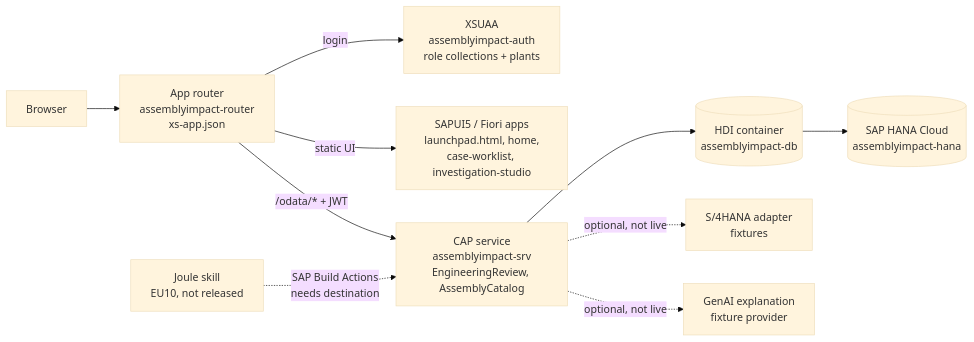
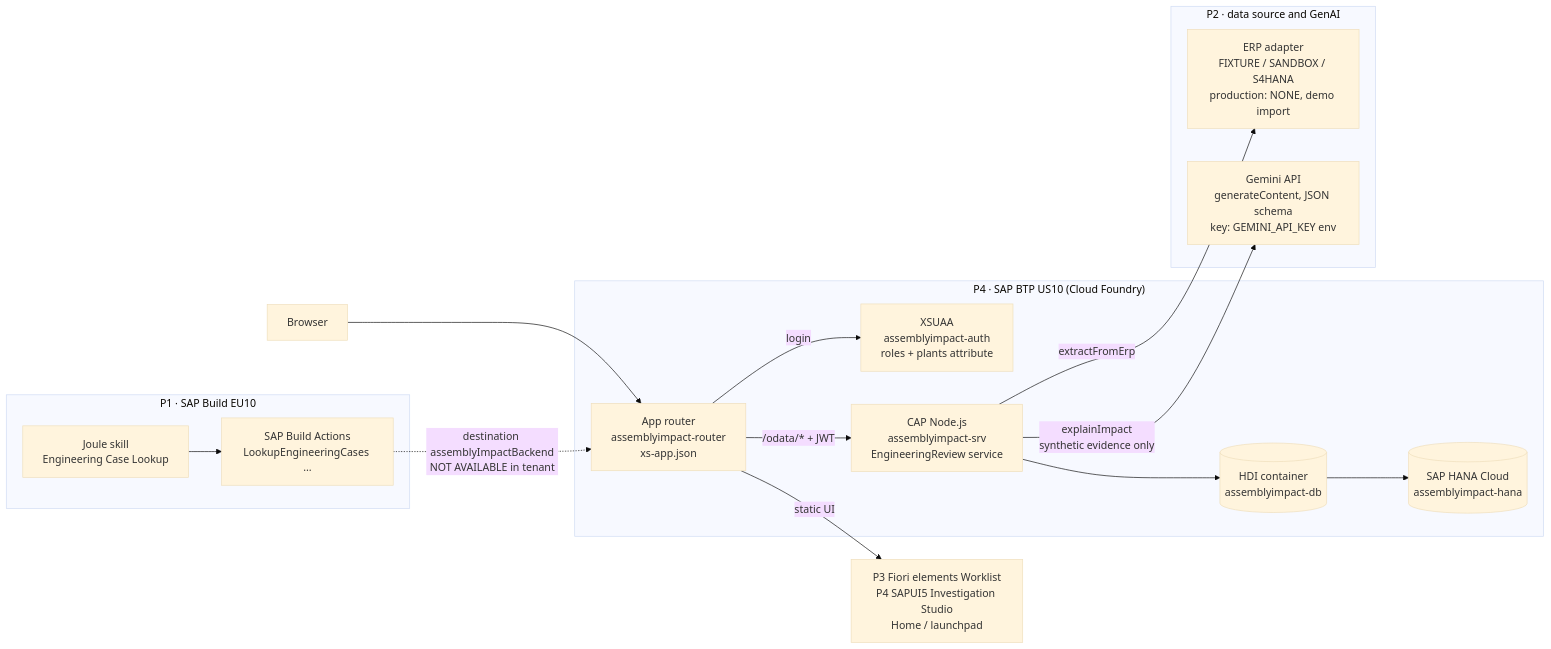
One commit to Naman028/assemblyimpact-ai changed the first of 2 diagrams in readme.md. Above: the diagram before and after it, drawn with Mermaid (base theme). The commit also changed other lines of this file and 10 other files, not shown here.

First line of the commit message:
Docs: deployed verification, P1 private-environment test, architecture and demo guide (#26)

````diff
--- a/readme.md
+++ b/readme.md
@@ -62,12 +64,20 @@
 ```mermaid
 flowchart LR
-  B[Browser] --> R[App router\nassemblyimpact-router\nxs-app.json]
-  R -- login --> X[XSUAA\nassemblyimpact-auth\nrole collections + plants]
-  R -- static UI --> UI[SAPUI5 / Fiori apps\nlaunchpad.html, home,\ncase-worklist, investigation-studio]
-  R -- /odata/* + JWT --> S[CAP service\nassemblyimpact-srv\nEngineeringReview, AssemblyCatalog]
-  S --> H[(HDI container\nassemblyimpact-db)]
-  H --> HC[(SAP HANA Cloud\nassemblyimpact-hana)]
-  S -. optional, not live .-> ERP[S/4HANA adapter\nfixtures]
-  S -. optional, not live .-> AI[GenAI explanation\nfixture provider]
-  J[Joule skill\nEU10, not released] -. SAP Build Actions\nneeds destination .-> S
+  subgraph P4["P4 · SAP BTP US10 (Cloud Foundry)"]
+    R[App router<br/>assemblyimpact-router<br/>xs-app.json] -- login --> X[XSUAA<br/>assemblyimpact-auth<br/>roles + plants attribute]
+    R -- /odata/* + JWT --> S[CAP Node.js<br/>assemblyimpact-srv<br/>EngineeringReview service]
+    S --> H[(HDI container<br/>assemblyimpact-db)] --> HC[(SAP HANA Cloud<br/>assemblyimpact-hana)]
+  end
+  B[Browser] --> R
+  R -- static UI --> UI[P3 Fiori elements Worklist<br/>P4 SAPUI5 Investigation Studio<br/>Home / launchpad]
+  subgraph P2["P2 · data source and GenAI"]
+    ERP[ERP adapter<br/>FIXTURE / SANDBOX / S4HANA<br/>production: NONE, demo import]
+    G[Gemini API<br/>generateContent, JSON schema<br/>key: GEMINI_API_KEY env]
+  end
+  S -- extractFromErp --> ERP
+  S -- explainImpact<br/>synthetic evidence only --> G
+  subgraph P1["P1 · SAP Build EU10"]
+    J[Joule skill<br/>Engineering Case Lookup] --> A[SAP Build Actions<br/>LookupEngineeringCases …]
+  end
+  A -. destination assemblyImpactBackend<br/>NOT AVAILABLE in tenant .-> R
 ```
````
